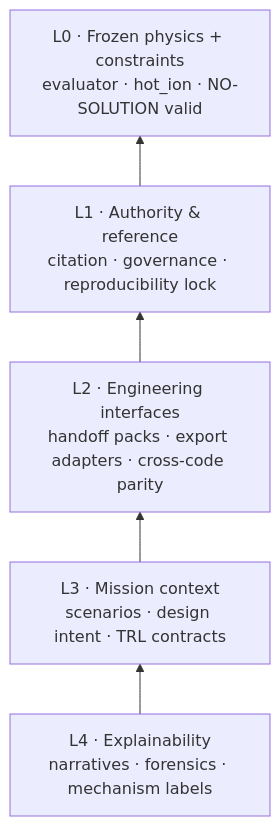
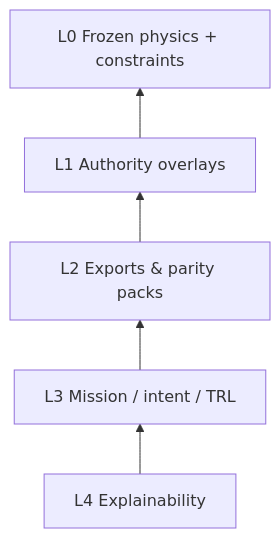
The fourth of 6 diagrams in README.md (afshin-arj/SHAMS-0D-Tokamak-Design-Studio), drawn with Mermaid before and after one commit. The commit also changed other lines of this file, not shown here.

First line of the commit message:
docs: refresh README with clearer diagrams and study workflow

````diff
--- a/README.md
+++ b/README.md
@@ -147,10 +137,9 @@
 ```mermaid
 flowchart BT
-  L4["L4 · Explainability<br/>narratives · forensics · mechanism labels"]
-  L3["L3 · Mission context<br/>scenarios · design intent · TRL contracts"]
-  L2["L2 · Engineering interfaces<br/>handoff packs · export adapters · cross-code parity"]
-  L1["L1 · Authority & reference<br/>citation · governance · reproducibility lock"]
-  L0["L0 · Frozen physics + constraints<br/>evaluator · hot_ion · NO-SOLUTION valid"]
-
+  L4["L4 Explainability"]
+  L3["L3 Mission / intent / TRL"]
+  L2["L2 Exports & parity packs"]
+  L1["L1 Authority overlays"]
+  L0["L0 Frozen physics + constraints"]
   L4 --> L3 --> L2 --> L1 --> L0
 ```
````
